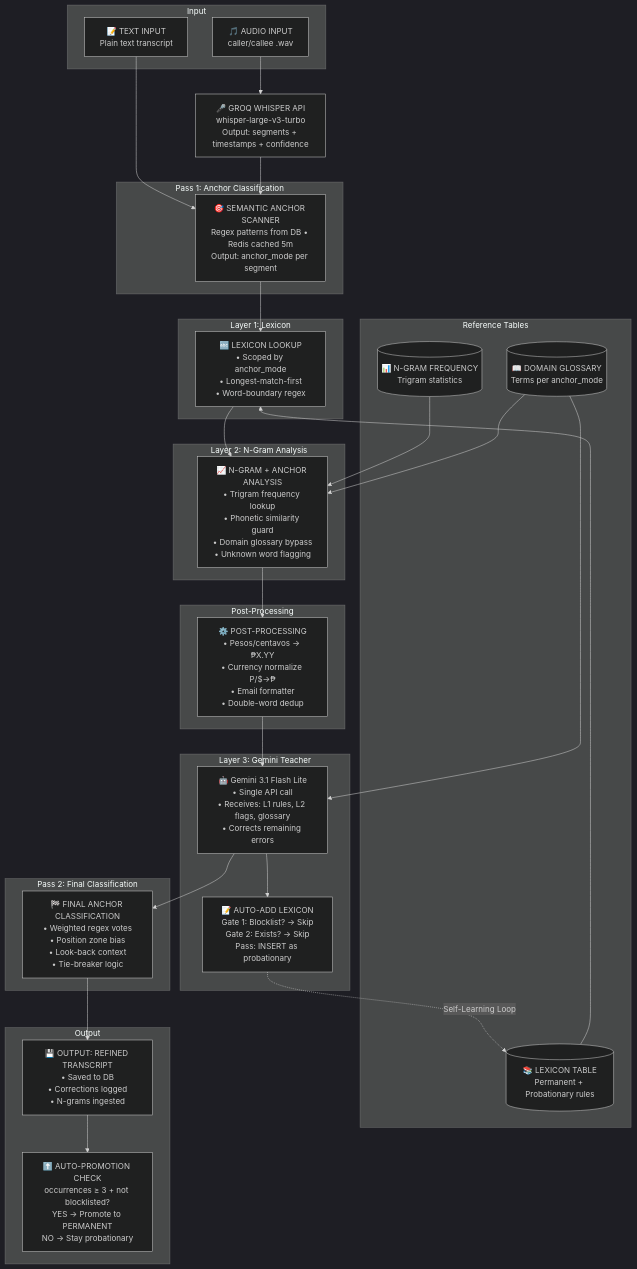
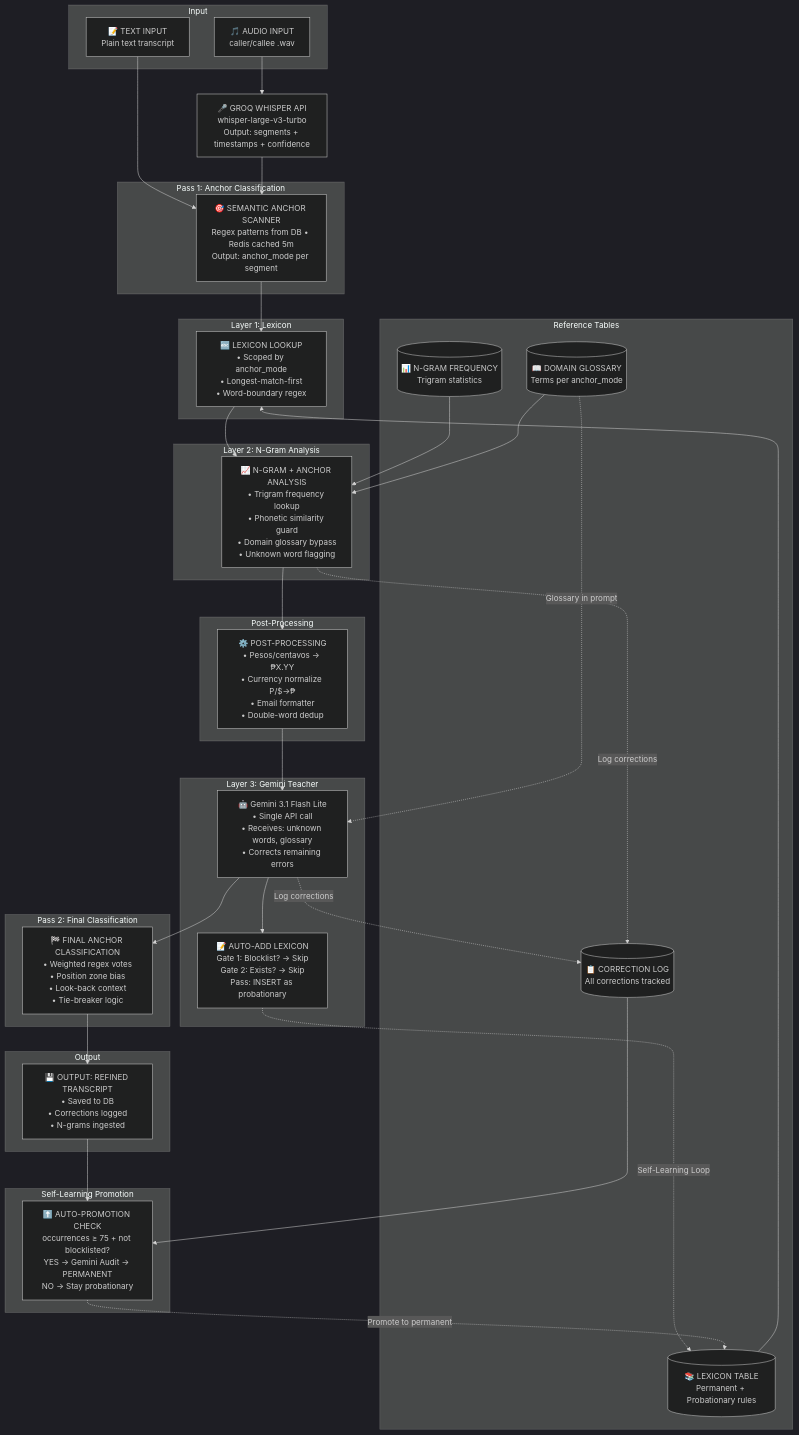
Before and after one commit to vincentperezzz/Self-Learning-Transcript-Refiner-Project: the first of 2 diagrams in SYSTEM_DOCUMENTATION.md, drawn with Mermaid (dark theme).

Commit message:
feat: enhance documentation with correction log and self-learning promotion flow

````diff
--- a/SYSTEM_DOCUMENTATION.md
+++ b/SYSTEM_DOCUMENTATION.md
@@ -741,64 +741,75 @@
 ```mermaid
 flowchart TD
     subgraph Input
         A[🎵 AUDIO INPUT<br/>caller/callee .wav]
         T[📝 TEXT INPUT<br/>Plain text transcript]
     end
     
     A --> B[🎤 GROQ WHISPER API<br/>whisper-large-v3-turbo<br/>Output: segments + timestamps + confidence]
     T --> P1
     B --> P1
     
     subgraph Pass1[Pass 1: Anchor Classification]
         P1[🎯 SEMANTIC ANCHOR SCANNER<br/>Regex patterns from DB • Redis cached 5m<br/>Output: anchor_mode per segment]
     end
     
     P1 --> L1
     
     subgraph Tables[Reference Tables]
         LEX[(📚 LEXICON TABLE<br/>Permanent + Probationary rules)]
         GLOSS[(📖 DOMAIN GLOSSARY<br/>Terms per anchor_mode)]
         NGRAM[(📊 N-GRAM FREQUENCY<br/>Trigram statistics)]
+        CLOG[(📋 CORRECTION LOG<br/>All corrections tracked)]
     end
     
     subgraph L1Layer[Layer 1: Lexicon]
         L1[🔤 LEXICON LOOKUP<br/>• Scoped by anchor_mode<br/>• Longest-match-first<br/>• Word-boundary regex]
     end
     
     LEX --> L1
     L1 --> L2
     
     subgraph L2Layer[Layer 2: N-Gram Analysis]
         L2[📈 N-GRAM + ANCHOR ANALYSIS<br/>• Trigram frequency lookup<br/>• Phonetic similarity guard<br/>• Domain glossary bypass<br/>• Unknown word flagging]
     end
     
     NGRAM --> L2
     GLOSS --> L2
     L2 --> POST
+    L2 -.->|Log corrections| CLOG
     
     subgraph PostProc[Post-Processing]
         POST[⚙️ POST-PROCESSING<br/>• Pesos/centavos → ₱X.YY<br/>• Currency normalize P/$→₱<br/>• Email formatter<br/>• Double-word dedup]
     end
     
     POST --> L3
     
     subgraph L3Layer[Layer 3: Gemini Teacher]
-        L3[🤖 Gemini 3.1 Flash Lite<br/>• Single API call<br/>• Receives: L1 rules, L2 flags, glossary<br/>• Corrects remaining errors]
+        L3[🤖 Gemini 3.1 Flash Lite<br/>• Single API call<br/>• Receives: unknown words, glossary<br/>• Corrects remaining errors]
         L3 --> LEARN[📝 AUTO-ADD LEXICON<br/>Gate 1: Blocklist? → Skip<br/>Gate 2: Exists? → Skip<br/>Pass: INSERT as probationary]
     end
     
-    GLOSS --> L3
+    GLOSS -.->|Glossary in prompt| L3
+    L3 -.->|Log corrections| CLOG
     LEARN -.->|Self-Learning Loop| LEX
     L3 --> FIN
     
     subgraph FinalPass[Pass 2: Final Classification]
         FIN[🏁 FINAL ANCHOR CLASSIFICATION<br/>• Weighted regex votes<br/>• Position zone bias<br/>• Look-back context<br/>• Tie-breaker logic]
     end
     
     FIN --> OUT
     
     subgraph Output
         OUT[💾 OUTPUT: REFINED TRANSCRIPT<br/>• Saved to DB<br/>• Corrections logged<br/>• N-grams ingested]
-        OUT --> PROMO[⬆️ AUTO-PROMOTION CHECK<br/>occurrences ≥ 3 + not blocklisted?<br/>YES → Promote to PERMANENT<br/>NO → Stay probationary]
     end
+    
+    OUT --> PROMO
+    
+    subgraph SelfLearn[Self-Learning Promotion]
+        PROMO[⬆️ AUTO-PROMOTION CHECK<br/>occurrences ≥ 75 + not blocklisted?<br/>YES → Gemini Audit → PERMANENT<br/>NO → Stay probationary]
+    end
+    
+    CLOG --> PROMO
+    PROMO -.->|Promote to permanent| LEX
 ```
````
